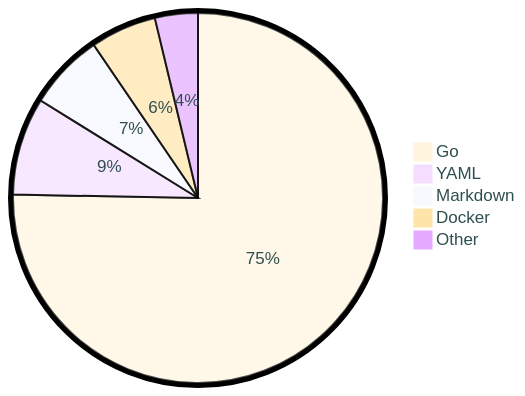
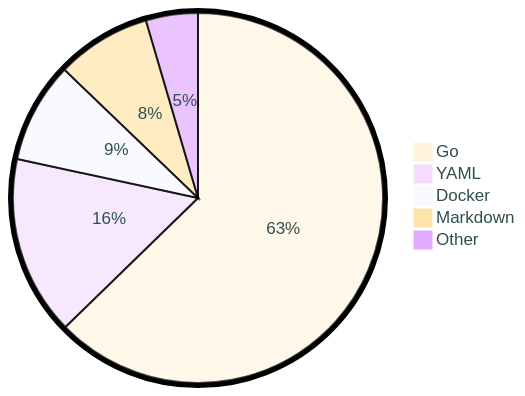
Before and after one commit to tot0p/tot0p: the diagram in README.md, drawn with Mermaid. The commit also changed other lines of this file, not shown here.

````diff
--- a/README.md
+++ b/README.md
@@ -80,9 +79,9 @@
 ```mermaid
 %%{init: {"pie": {"textPosition": 0.5}, "themeVariables": {"pieOuterStrokeWidth": "5px","primaryTextColor" : "#2F4F4F"},"theme":"base"} }%%
 pie
-	"Go": 75.3
-	"YAML": 8.54
-	"Markdown": 6.65
-	"Docker": 5.77
-	"Other": 3.75
+	"Go": 62.72
+	"YAML": 15.66
+	"Docker": 8.8
+	"Markdown": 8.28
+	"Other": 4.54
 ```
````
